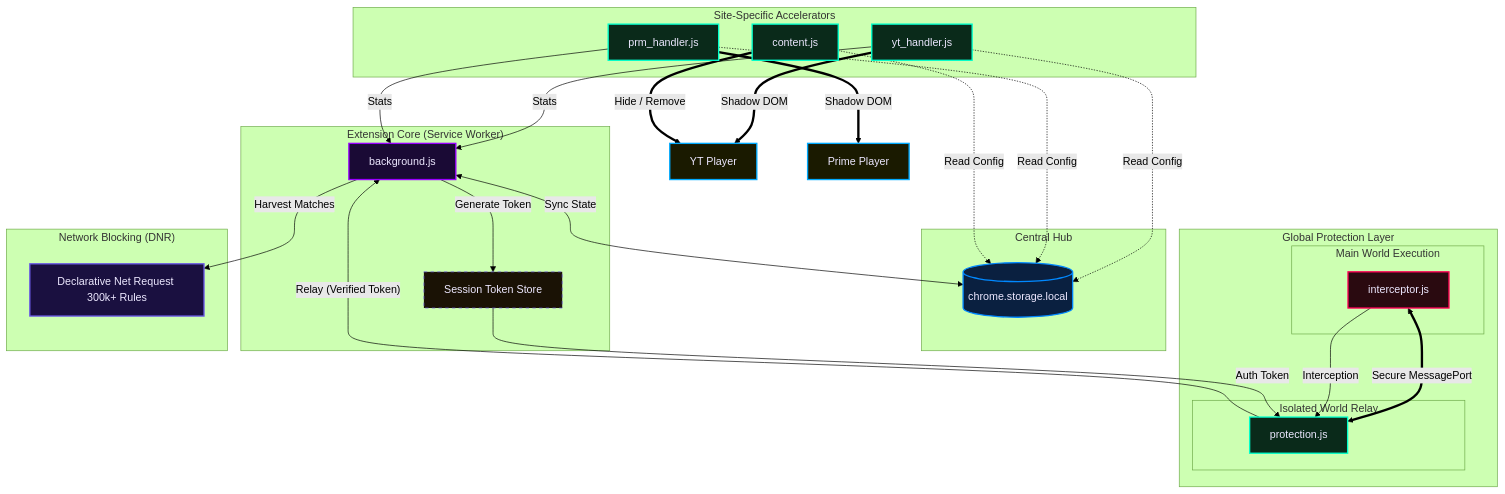
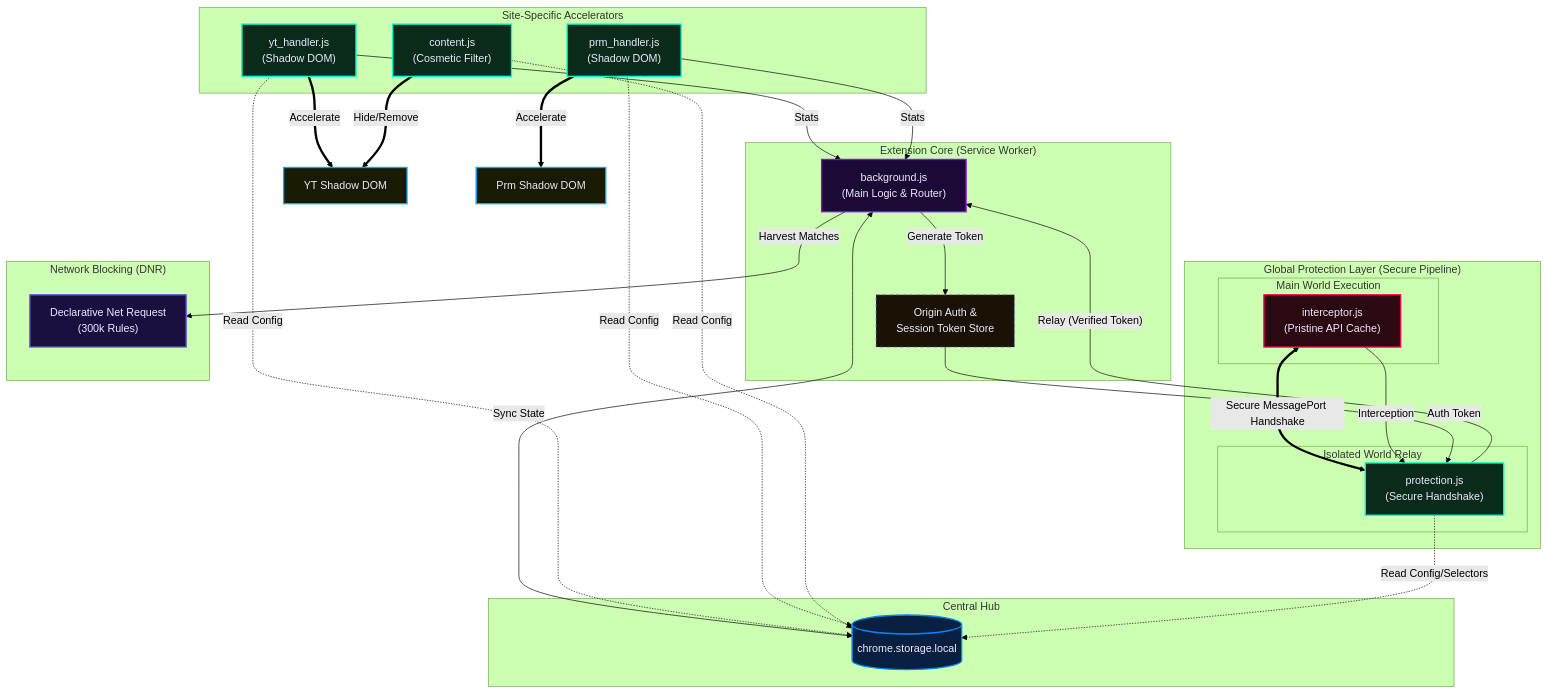
Before and after one commit to Dabrogost/Chroma-Ad-Blocker: the diagram in index.md, drawn with Mermaid (forest theme). The commit also changed 1 other file, not shown here.

Commit message:
feat: introduce comprehensive Chroma design system including global styles, aurora background, film grain, and floating pill navigation.

```diff
--- a/index.md
+++ b/index.md
@@ -177,54 +177,63 @@
     <div class="mermaid">
 graph TD
     classDef sw fill:#1a0a35,color:#ede8ff,stroke:#9900ff,stroke-width:2px
     classDef storage fill:#0a2040,color:#ede8ff,stroke:#0088ff,stroke-width:2px
     classDef isolated fill:#0a2a1a,color:#ede8ff,stroke:#00ffcc,stroke-width:2px
     classDef main fill:#2a0a10,color:#ede8ff,stroke:#ff0055,stroke-width:2px
     classDef dnr fill:#1a1040,color:#ede8ff,stroke:#6c5ce7,stroke-width:2px
     classDef dom fill:#1a1a00,color:#ede8ff,stroke:#00aaff,stroke-width:2px
-    classDef secure fill:#1a1205,color:#ede8ff,stroke:#6c5ce7,stroke-dasharray:5 5
+    classDef secure fill:#1a1205,color:#ede8ff,stroke:#6c5ce7,stroke-dasharray: 5 5
 
     subgraph SW ["Extension Core (Service Worker)"]
-        BS["background.js"]:::sw
-        AUTH["Session Token Store"]:::secure
+        BS["background.js<br/>(Main Logic & Router)"]:::sw
+        AUTH["Origin Auth &<br/>Session Token Store"]:::secure
     end
 
     subgraph ST ["Central Hub"]
         STORAGE[("chrome.storage.local")]:::storage
     end
 
-    subgraph GR ["Global Protection Layer"]
+    subgraph GR ["Global Protection Layer (Secure Pipeline)"]
         subgraph MW ["Main World Execution"]
-            MW_INT["interceptor.js"]:::main
+            MW_INT["interceptor.js<br/>(Pristine API Cache)"]:::main
         end
         subgraph IW ["Isolated World Relay"]
-            CS_PROT["protection.js"]:::isolated
+            CS_PROT["protection.js<br/>(Secure Handshake)"]:::isolated
         end
-        MW_INT <==>|"Secure MessagePort"| CS_PROT
+        MW_INT <==>|"Secure MessagePort Handshake"| CS_PROT
     end
 
     subgraph SP ["Site-Specific Accelerators"]
-        CS_YT["yt_handler.js"]:::isolated
-        CS_PV["prm_handler.js"]:::isolated
-        CS_GEN["content.js"]:::isolated
+        CS_YT["yt_handler.js<br/>(Shadow DOM)"]:::isolated
+        CS_PV["prm_handler.js<br/>(Shadow DOM)"]:::isolated
+        CS_GEN["content.js<br/>(Cosmetic Filter)"]:::isolated
     end
 
     subgraph DN ["Network Blocking (DNR)"]
-        DNR["Declarative Net Request 300k+ Rules"]:::dnr
+        DNR["Declarative Net Request<br/>(300k Rules)"]:::dnr
     end
 
+    %% Logic Flow
     MW_INT -- "Interception" --> CS_PROT
     CS_PROT -- "Relay (Verified Token)" --> BS
+    
     CS_YT -- "Stats" --> BS
     CS_PV -- "Stats" --> BS
+    
     BS <-->|"Sync State"| STORAGE
     BS -- "Generate Token" --> AUTH
     AUTH -- "Auth Token" --> CS_PROT
+    
     CS_YT -.->|"Read Config"| STORAGE
     CS_PV -.->|"Read Config"| STORAGE
     CS_GEN -.->|"Read Config"| STORAGE
+    CS_PROT -.->|"Read Config/Selectors"| STORAGE
+
     BS -- "Harvest Matches" --> DNR
-    CS_YT ==>|"Shadow DOM"| DOM_YT["YT Player"]:::dom
-    CS_PV ==>|"Shadow DOM"| DOM_PV["Prime Player"]:::dom
-    CS_GEN ==>|"Hide / Remove"| DOM_YT
+
+    %% Execution
+    CS_YT ==>|"Accelerate"| DOM_YT["YT Shadow DOM"]:::dom
+    CS_PV ==>|"Accelerate"| DOM_PV["Prm Shadow DOM"]:::dom
+    CS_GEN ==>|"Hide/Remove"| DOM_YT
+
     </div>
```
